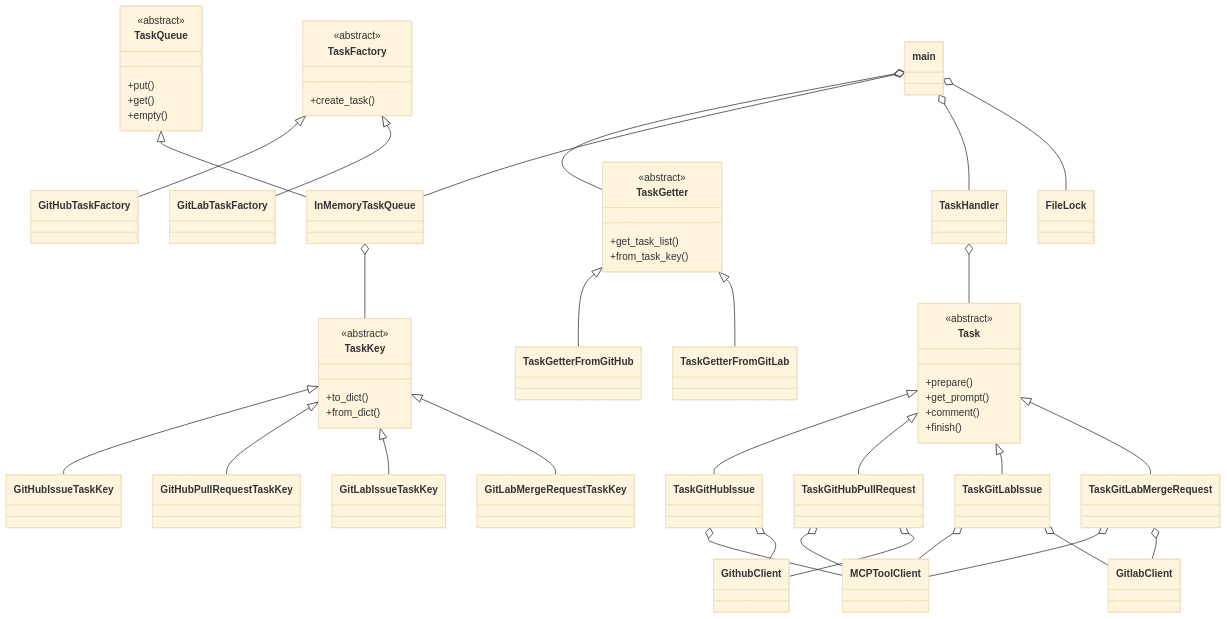
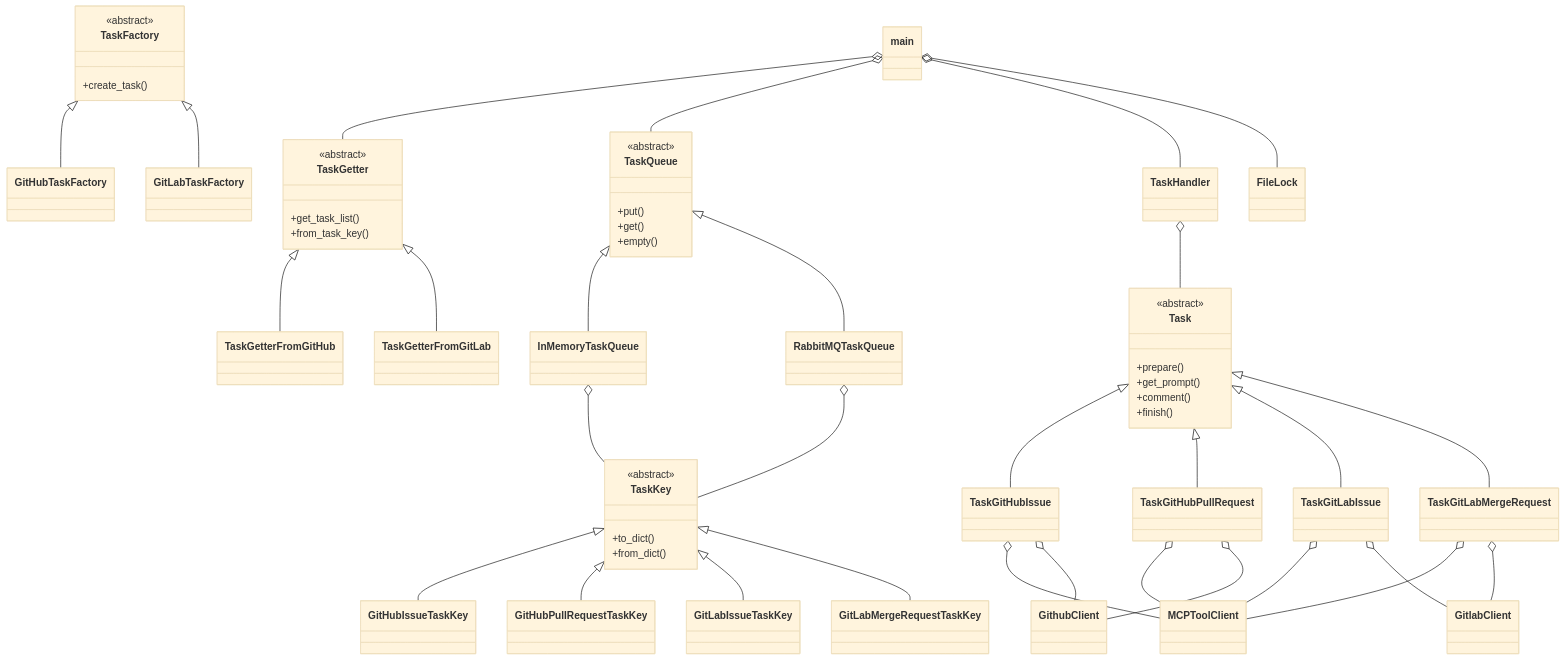
One commit to notfolder/coding_agent changed the diagram in docs/spec/class_spec.md. Above: the diagram before and after it, drawn with Mermaid (base theme). The commit also changed other lines of this file and 2 other files, not shown here.

Commit message:
spec.md、class_spec.md、context_file_spec.mdを日本語化しMermaid図を追加

````diff
--- a/docs/spec/class_spec.md
+++ b/docs/spec/class_spec.md
@@ -116,7 +239,9 @@
         +empty()
     }
     class InMemoryTaskQueue
+    class RabbitMQTaskQueue
     TaskQueue <|-- InMemoryTaskQueue
+    TaskQueue <|-- RabbitMQTaskQueue
 
     class TaskHandler
     class MCPToolClient
@@ -134,8 +259,9 @@
     TaskGitLabMergeRequest o-- GitlabClient
     TaskHandler o-- Task
     InMemoryTaskQueue o-- TaskKey
+    RabbitMQTaskQueue o-- TaskKey
     main o-- TaskGetter
-    main o-- InMemoryTaskQueue
+    main o-- TaskQueue
     main o-- TaskHandler
     main o-- FileLock
 ```
````
